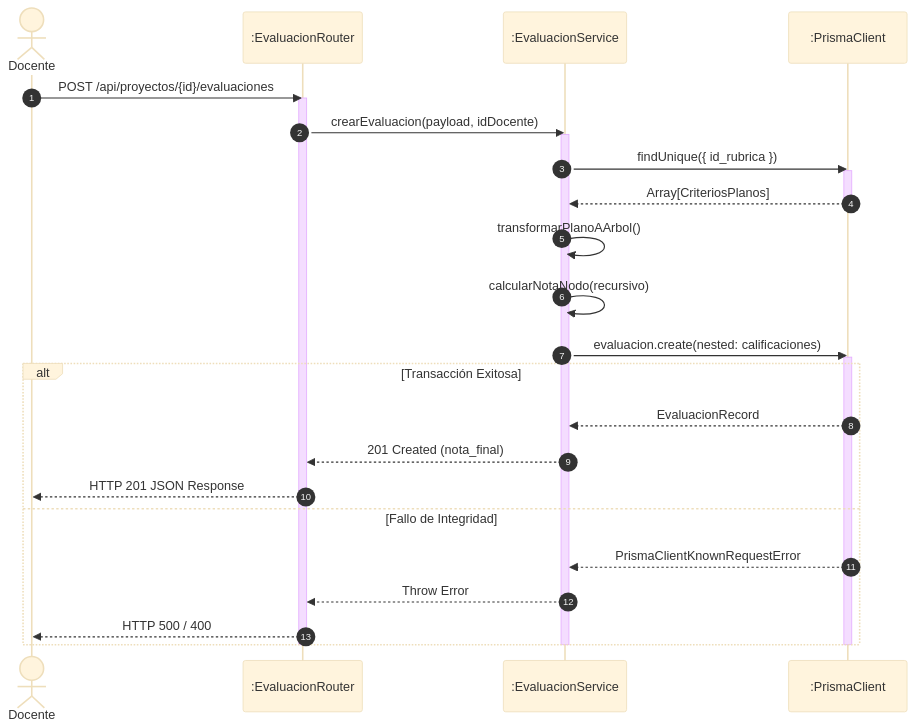
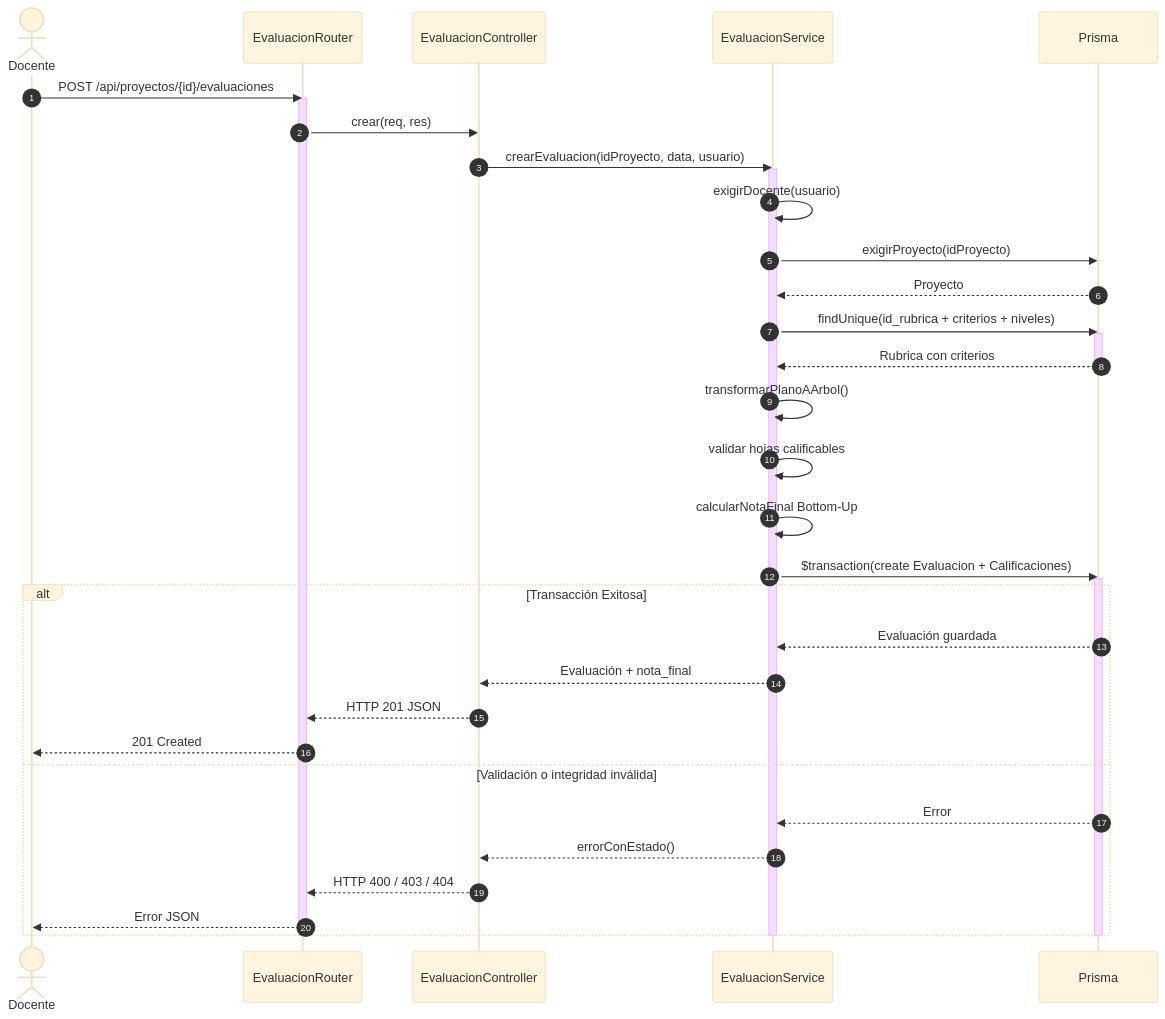
Before and after one commit to Caren3249p/Proyectos-integradores: the diagram in diagrams/secuencia_evaluacion.mmd, drawn with Mermaid (base theme). The commit also changed 27 other files, not shown here.

```diff
--- a/diagrams/secuencia_evaluacion.mmd
+++ b/diagrams/secuencia_evaluacion.mmd
@@ -1,34 +1,41 @@
 sequenceDiagram
   autonumber
   actor D as Docente
-  participant API as :EvaluacionRouter
-  participant S as :EvaluacionService
-  participant DB as :PrismaClient
+  participant API as EvaluacionRouter
+  participant C as EvaluacionController
+  participant S as EvaluacionService
+  participant DB as Prisma
 
   D->>API: POST /api/proyectos/{id}/evaluaciones
   activate API
-  API->>S: crearEvaluacion(payload, idDocente)
+  API->>C: crear(req, res)
+  C->>S: crearEvaluacion(idProyecto, data, usuario)
   activate S
-  
-  S->>DB: findUnique({ id_rubrica })
+
+  S->>S: exigirDocente(usuario)
+  S->>DB: exigirProyecto(idProyecto)
+  DB-->>S: Proyecto
+  S->>DB: findUnique(id_rubrica + criterios + niveles)
   activate DB
-  DB-->>S: Array[CriteriosPlanos]
+  DB-->>S: Rubrica con criterios
   deactivate DB
-  
+
   S->>S: transformarPlanoAArbol()
-  S->>S: calcularNotaNodo(recursivo)
-  
-  S->>DB: evaluacion.create(nested: calificaciones)
+  S->>S: validar hojas calificables
+  S->>S: calcularNotaFinal Bottom-Up
+  S->>DB: $transaction(create Evaluacion + Calificaciones)
   activate DB
   alt Transacción Exitosa
-    DB-->>S: EvaluacionRecord
-    S-->>API: 201 Created (nota_final)
-    API-->>D: HTTP 201 JSON Response
-  else Fallo de Integridad
-    DB-->>S: PrismaClientKnownRequestError
-    S-->>API: Throw Error
-    API-->>D: HTTP 500 / 400
+    DB-->>S: Evaluación guardada
+    S-->>C: Evaluación + nota_final
+    C-->>API: HTTP 201 JSON
+    API-->>D: 201 Created
+  else Validación o integridad inválida
+    DB-->>S: Error
+    S-->>C: errorConEstado()
+    C-->>API: HTTP 400 / 403 / 404
+    API-->>D: Error JSON
   end
   deactivate DB
   deactivate S
   deactivate API
```
